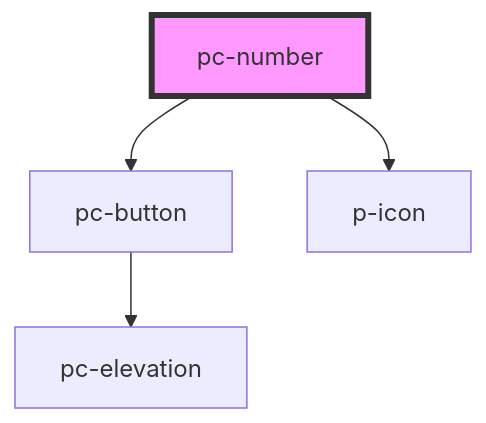
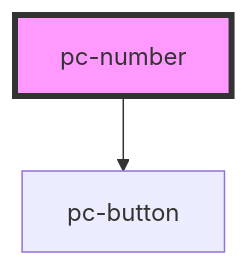
The diagram in src/components/input-controls/input/number/readme.md (redvars/peacock), drawn with Mermaid before and after one commit. The commit also changed other lines of this file and 135 other files, not shown here.

````diff
--- a/src/components/input-controls/input/number/readme.md
+++ b/src/components/input-controls/input/number/readme.md
@@ -87,7 +86,5 @@
 ```mermaid
 graph TD;
   pc-number --> pc-button
-  pc-number --> p-icon
-  pc-button --> pc-elevation
   style pc-number fill:#f9f,stroke:#333,stroke-width:4px
 ```
````
